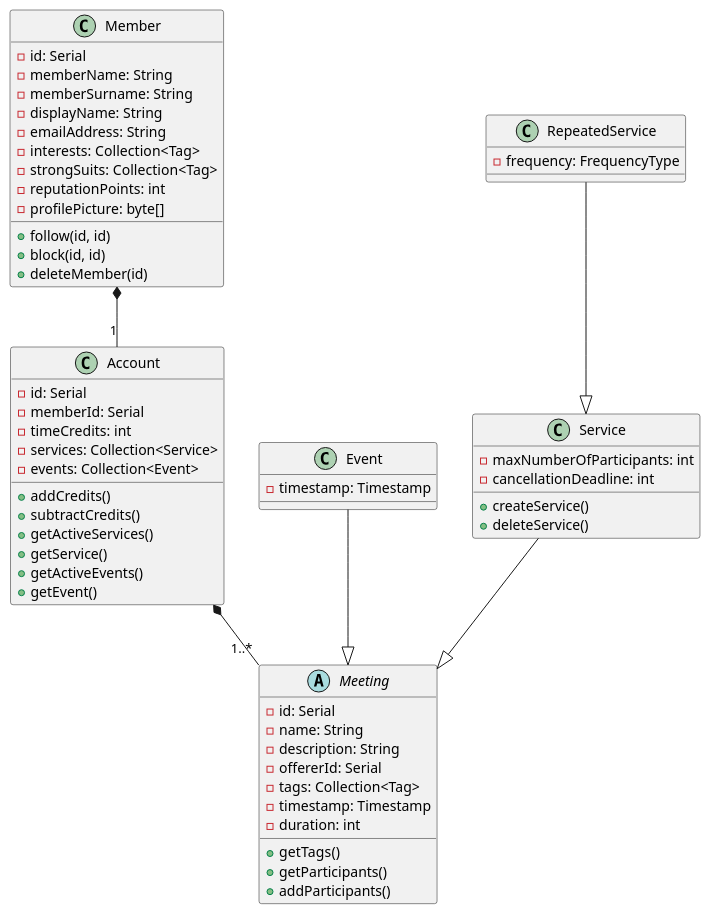
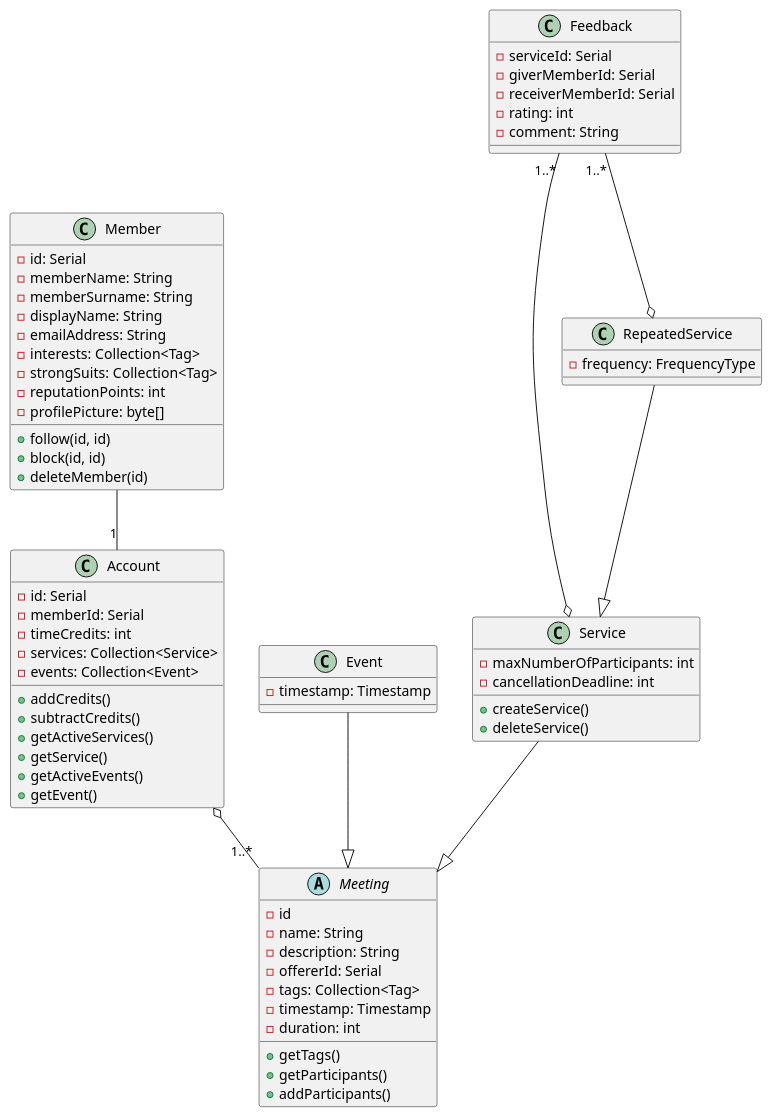
Before and after one commit to ZDenizYStenhaug/swe573-Project: the diagram in classDiagrams.puml, drawn with PlantUML. The commit also changed 6 other files, not shown here.

Commit message:
edit diagrams

```diff
--- a/classDiagrams.puml
+++ b/classDiagrams.puml
@@ -1,71 +1,78 @@
 @startuml
 class Member {
   -id: Serial
   -memberName: String
   -memberSurname: String
   -displayName: String
   -emailAddress: String
   -interests: Collection<Tag>
   -strongSuits: Collection<Tag>
   -reputationPoints: int
   -profilePicture: byte[]
 
   +follow(id, id)
   +block(id, id)
   +deleteMember(id)
 }
 class Account {
     -id: Serial
     -memberId: Serial
     -timeCredits: int
     -services: Collection<Service>
     -events: Collection<Event>
 
     +addCredits()
     +subtractCredits()
     +getActiveServices()
     +getService()
     +getActiveEvents()
     +getEvent()
 }
-Member *-- "1" Account
+Member -- "1" Account
 
 abstract class Meeting {
-    -id: Serial
+    -id
     -name: String
     -description: String
     -offererId: Serial
     -tags: Collection<Tag>
     -timestamp: Timestamp
     -duration: int
 
     +getTags()
     +getParticipants()
     +addParticipants()
 }
+Account o-- "1..*" Meeting
 
 class Event {
     -timestamp: Timestamp
 }
 Event --|> Meeting
 
 class Service {
     -maxNumberOfParticipants: int
     -cancellationDeadline: int
     +createService()
     +deleteService()
 }
 Service --|> Meeting
 
 class RepeatedService {
     -frequency: FrequencyType
 }
 
 RepeatedService --|> Service
 
-
-Account *-- "1..*" Meeting
-
+class Feedback {
+    -serviceId: Serial
+    -giverMemberId: Serial
+    -receiverMemberId: Serial
+    -rating: int
+    -comment: String
+}
+Feedback "1..*" --o Service
+Feedback "1..*" --o RepeatedService
 
 
 @enduml
```
